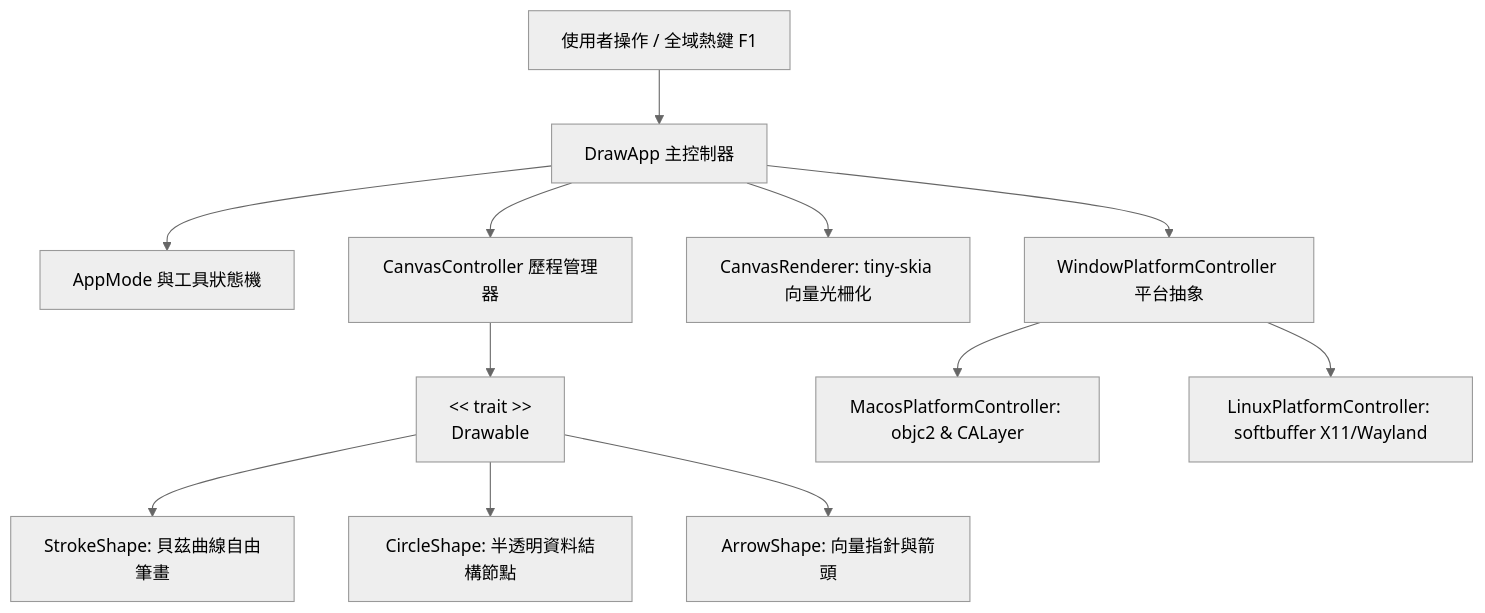
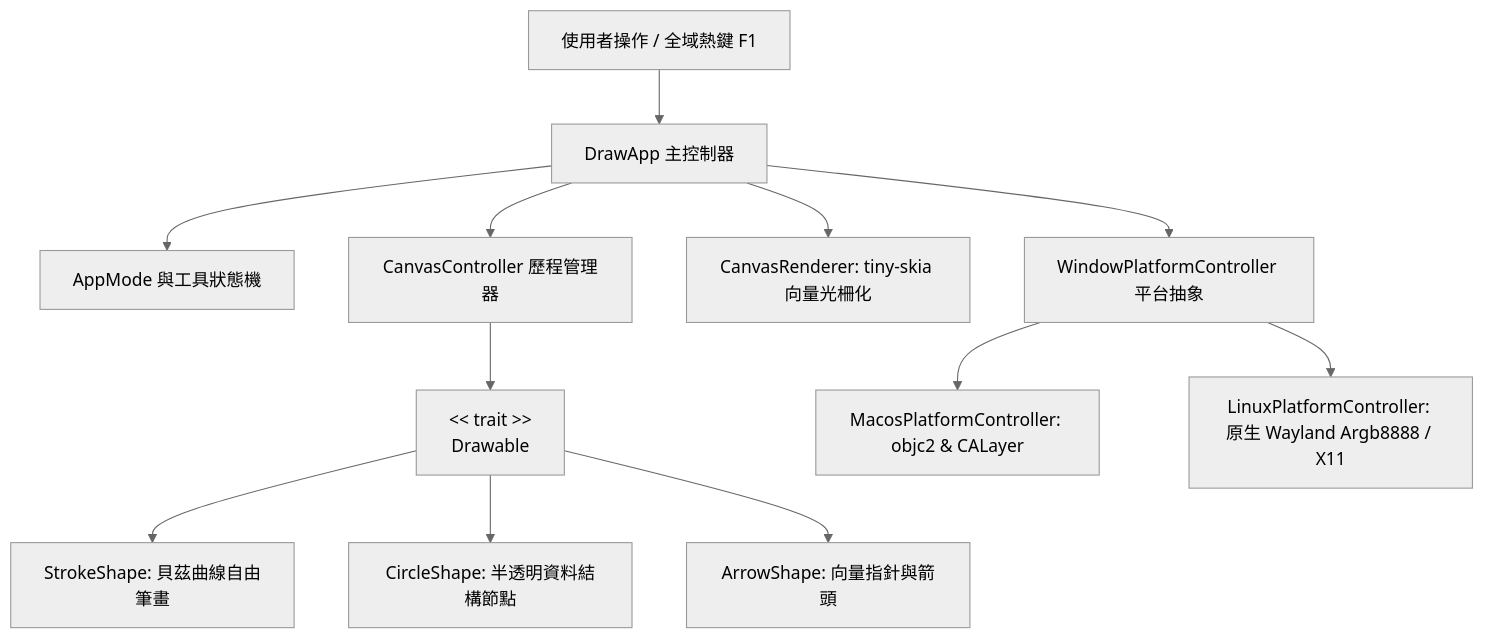
The diagram in README.zh-TW.md (adrian-lin-1-0-0/draw-rs), drawn with Mermaid (neutral theme) before and after one commit. The commit also changed other lines of this file and 4 other files, not shown here.

First line of the commit message:
fix(linux): implement native Wayland ARGB8888 SHM transparent presentation

````diff
--- a/README.zh-TW.md
+++ b/README.zh-TW.md
@@ -218,14 +218,14 @@
 ```mermaid
 graph TD
     UserEvent[使用者操作 / 全域熱鍵 F1] --> App[DrawApp 主控制器]
     App --> StateMachine[AppMode 與工具狀態機]
     App --> Controller[CanvasController 歷程管理器]
     Controller --> Trait[<< trait >>\nDrawable]
     Trait --> Stroke[StrokeShape: 貝茲曲線自由筆畫]
     Trait --> Circle[CircleShape: 半透明資料結構節點]
     Trait --> Arrow[ArrowShape: 向量指針與箭頭]
     App --> Renderer[CanvasRenderer: tiny-skia 向量光柵化]
     App --> Platform[WindowPlatformController 平台抽象]
     Platform --> MacosPlatform[MacosPlatformController: objc2 & CALayer]
-    Platform --> LinuxPlatform[LinuxPlatformController: softbuffer X11/Wayland]
+    Platform --> LinuxPlatform[LinuxPlatformController: 原生 Wayland Argb8888 / X11]
 ```
````
